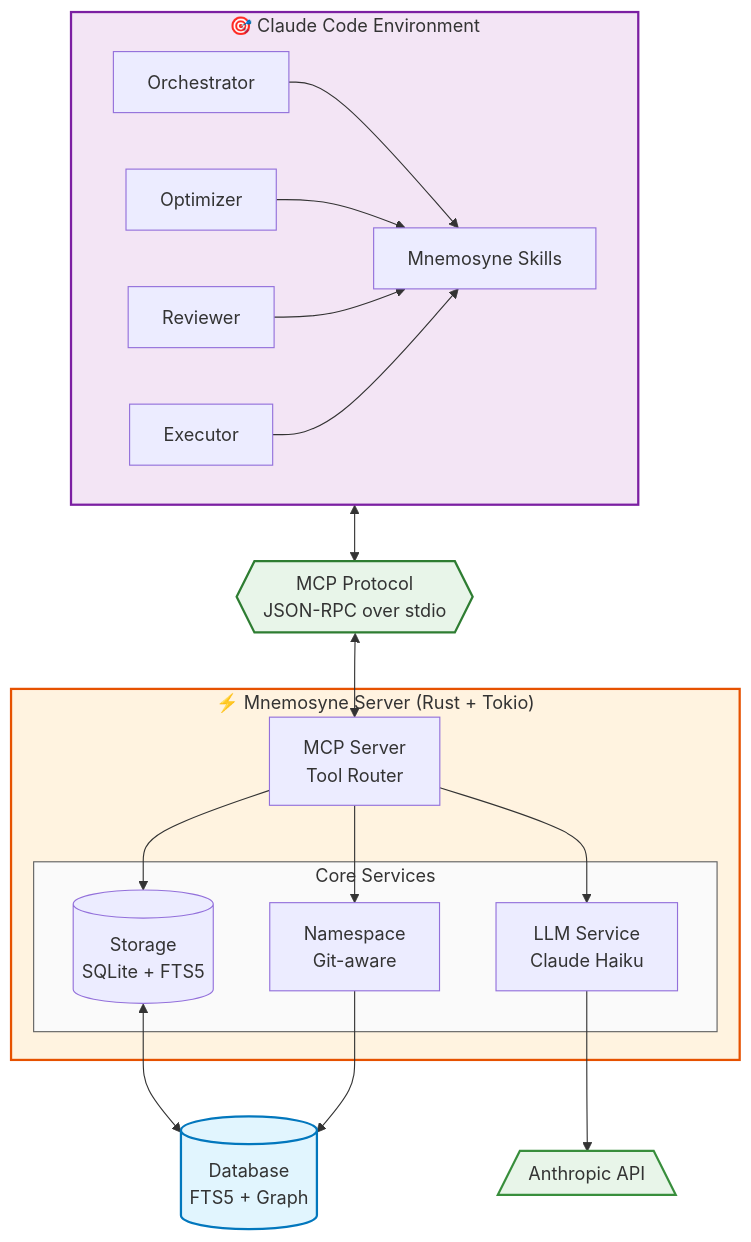
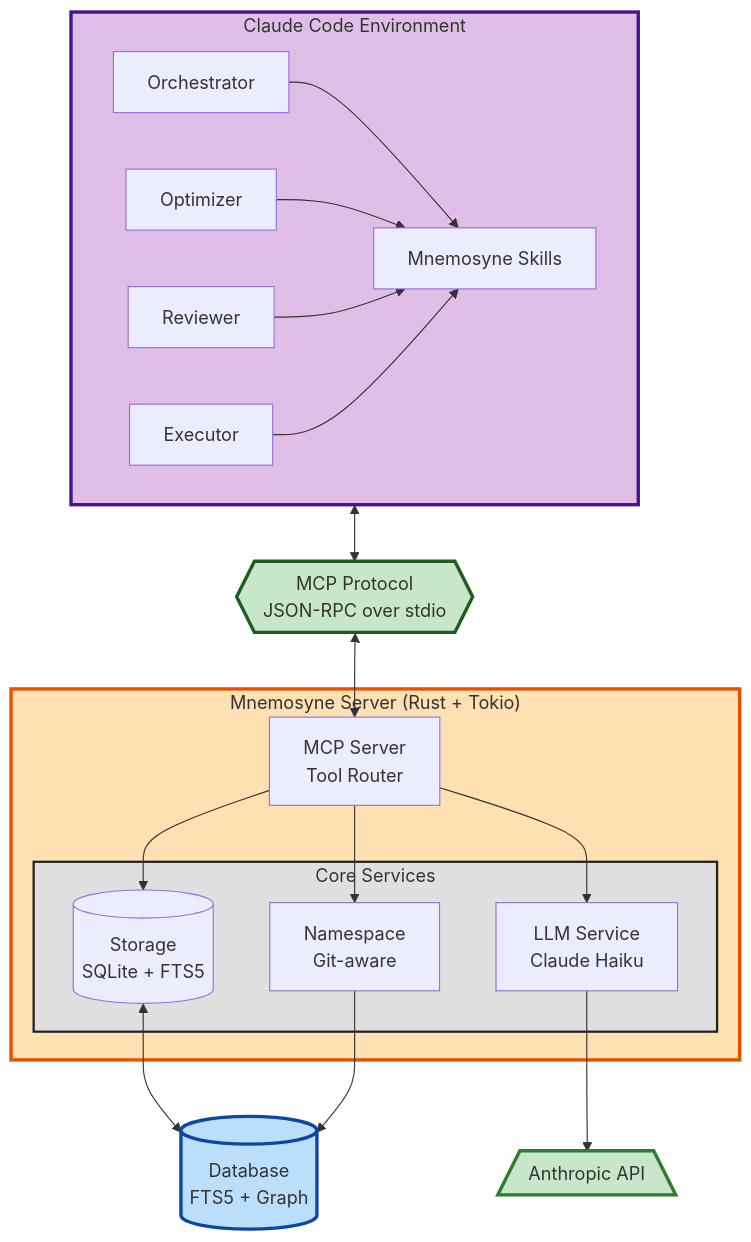
Before and after one commit to rand/mnemosyne: the first of 4 diagrams in ARCHITECTURE.md, drawn with Mermaid. The commit also changed other lines of this file and 2 other files, not shown here.

Commit message:
Remove emoji and increase contrast in all diagrams
Changes:
- Remove all emoji icons from diagram titles and messages
- Increase contrast with darker stroke colors
- Use thicker stroke widths (3px for main elements)
- Darker fill colors while maintaining color coding
- Improved readability with higher contrast ratios

Color updates:
- User: Light blue with dark blue stroke (#0d47a1)
- Claude Code: Light purple with deep purple stroke (#4a148c)
- Mnemosyne: Light orange with orange stroke (#e65100)
- Protocol: Light green with dark green stroke (#1b5e20)
- Services: Light gray with black stroke (#212121)
- API/External: Green with darker green stroke (#2e7d32)
- Database: Light blue with dark blue stroke (#0d47a1)

Benefits:
- Better accessibility with higher contrast
- Cleaner professional appearance without emoji
- Improved legibility in all viewing contexts
- Consistent styling across all documentation

````diff
--- a/ARCHITECTURE.md
+++ b/ARCHITECTURE.md
@@ -35,45 +35,45 @@
 ```mermaid
 flowchart TD
-    subgraph Claude["🎯 Claude Code Environment"]
+    subgraph Claude["Claude Code Environment"]
         direction LR
         Orch[Orchestrator]
         Opt[Optimizer]
         Rev[Reviewer]
         Exec[Executor]
         Skills[Mnemosyne Skills]
     end
 
     Protocol{{MCP Protocol<br/>JSON-RPC over stdio}}
 
-    subgraph Mnemosyne["⚡ Mnemosyne Server (Rust + Tokio)"]
+    subgraph Mnemosyne["Mnemosyne Server (Rust + Tokio)"]
         MCP[MCP Server<br/>Tool Router]
 
         subgraph Core["Core Services"]
             Storage[(Storage<br/>SQLite + FTS5)]
             LLM[LLM Service<br/>Claude Haiku]
             NS[Namespace<br/>Git-aware]
         end
     end
 
     API[/Anthropic API\]
     DB[(Database<br/>FTS5 + Graph)]
 
     Orch & Opt & Rev & Exec --> Skills
     Skills <--> Protocol
     Protocol <--> MCP
 
     MCP --> Storage
     MCP --> LLM
     MCP --> NS
 
     Storage <--> DB
     LLM --> API
     NS --> DB
 
-    style Claude fill:#f3e5f5,stroke:#7b1fa2,stroke-width:2px
-    style Mnemosyne fill:#fff3e0,stroke:#e65100,stroke-width:2px
-    style Core fill:#fafafa,stroke:#616161,stroke-width:1px
-    style Protocol fill:#e8f5e9,stroke:#2e7d32,stroke-width:2px
-    style API fill:#e8f5e9,stroke:#388e3c,stroke-width:2px
-    style DB fill:#e1f5fe,stroke:#0277bd,stroke-width:2px
+    style Claude fill:#e1bee7,stroke:#4a148c,stroke-width:3px
+    style Mnemosyne fill:#ffe0b2,stroke:#e65100,stroke-width:3px
+    style Core fill:#e0e0e0,stroke:#212121,stroke-width:2px
+    style Protocol fill:#c8e6c9,stroke:#1b5e20,stroke-width:3px
+    style API fill:#c8e6c9,stroke:#2e7d32,stroke-width:3px
+    style DB fill:#bbdefb,stroke:#0d47a1,stroke-width:3px
 ```
````
